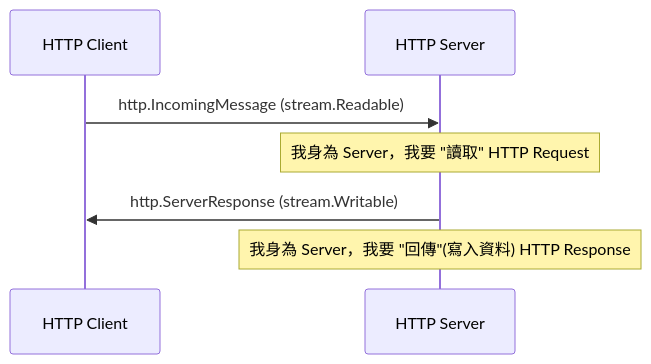
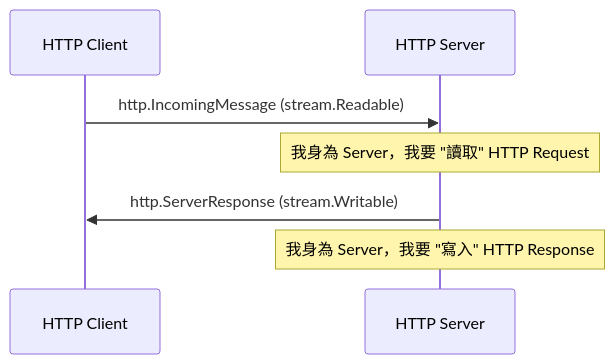
The first of 3 diagrams in docs/nodejs/stream.md (samuel871211/yusheng-tech-blog), drawn with Mermaid before and after one commit. The commit also changed other lines of this file, not shown here.

````diff
--- a/docs/nodejs/stream.md
+++ b/docs/nodejs/stream.md
@@ -21,11 +21,11 @@
 ```mermaid
 sequenceDiagram
   participant HTTP Client
   participant HTTP Server
 
   HTTP Client ->> HTTP Server: http.IncomingMessage (stream.Readable)
   Note over HTTP Server: 我身為 Server，我要 "讀取" HTTP Request
 
   HTTP Server ->> HTTP Client: http.ServerResponse (stream.Writable)
-  Note over HTTP Server: 我身為 Server，我要 "回傳"(寫入資料) HTTP Response
+  Note over HTTP Server: 我身為 Server，我要 "寫入" HTTP Response
 ```
````
